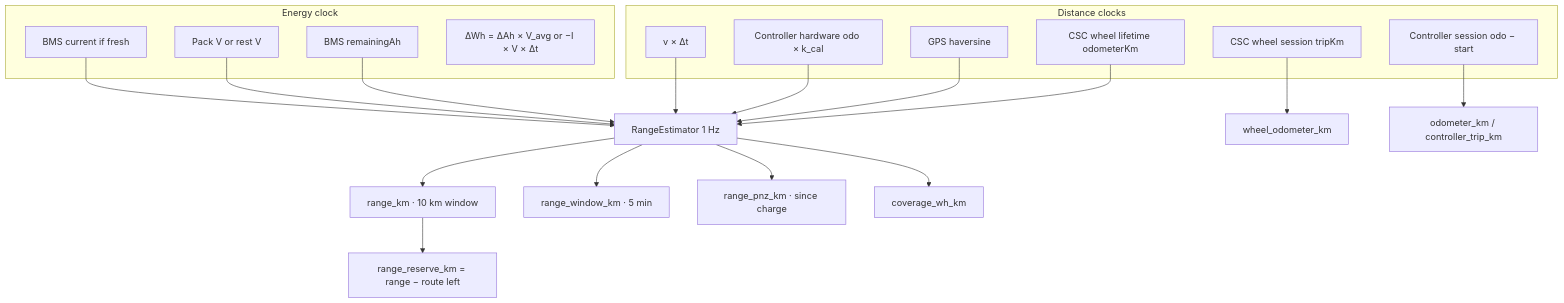
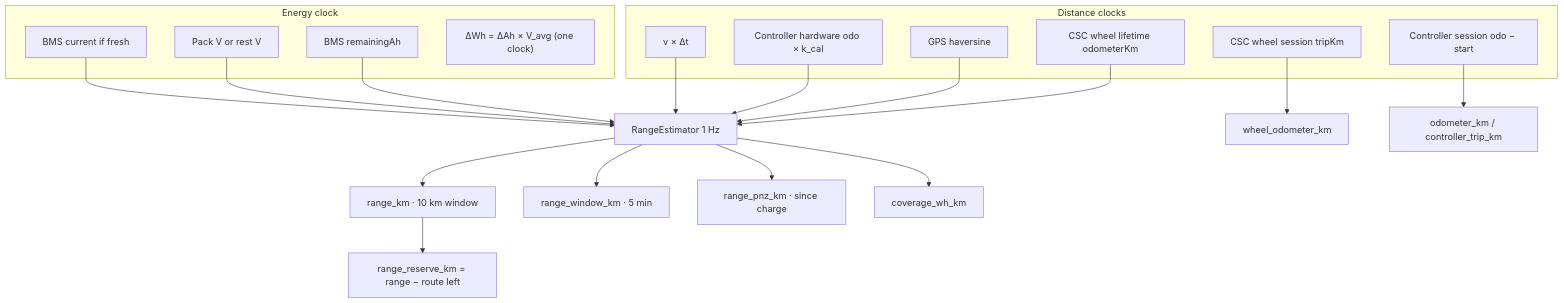
The first of 8 diagrams in OsmAnd/src/net/osmand/plus/plugins/evbms/doc/CalculationInfo.md (livello/OsmAnd), drawn with Mermaid before and after one commit. The commit also changed other lines of this file and 6 other files, not shown here.

````diff
--- a/OsmAnd/src/net/osmand/plus/plugins/evbms/doc/CalculationInfo.md
+++ b/OsmAnd/src/net/osmand/plus/plugins/evbms/doc/CalculationInfo.md
@@ -16,31 +18,31 @@
 ```mermaid
 flowchart TB
   subgraph Dist["Distance clocks"]
     W[CSC wheel lifetime odometerKm]
     WS[CSC wheel session tripKm]
     C[Controller hardware odo × k_cal]
     CS[Controller session odo − start]
     G[GPS haversine]
     S[v × Δt]
   end
   subgraph Energy["Energy clock"]
     Ah[BMS remainingAh]
     V[Pack V or rest V]
     I[BMS current if fresh]
-    E[ΔWh = ΔAh × V_avg or −I × V × Δt]
+    E["ΔWh = ΔAh × V_avg (one clock)"]
   end
   W --> RE[RangeEstimator 1 Hz]
   G --> RE
   C --> RE
   S --> RE
   Ah --> RE
   V --> RE
   I --> RE
   RE --> R10[range_km · 10 km window]
   RE --> R5[range_window_km · 5 min]
   RE --> RPNZ[range_pnz_km · since charge]
   WS --> UI[wheel_odometer_km]
   CS --> UI2[odometer_km / controller_trip_km]
   RE --> Cov[coverage_wh_km]
   R10 --> Res[range_reserve_km = range − route left]
 ```
````
